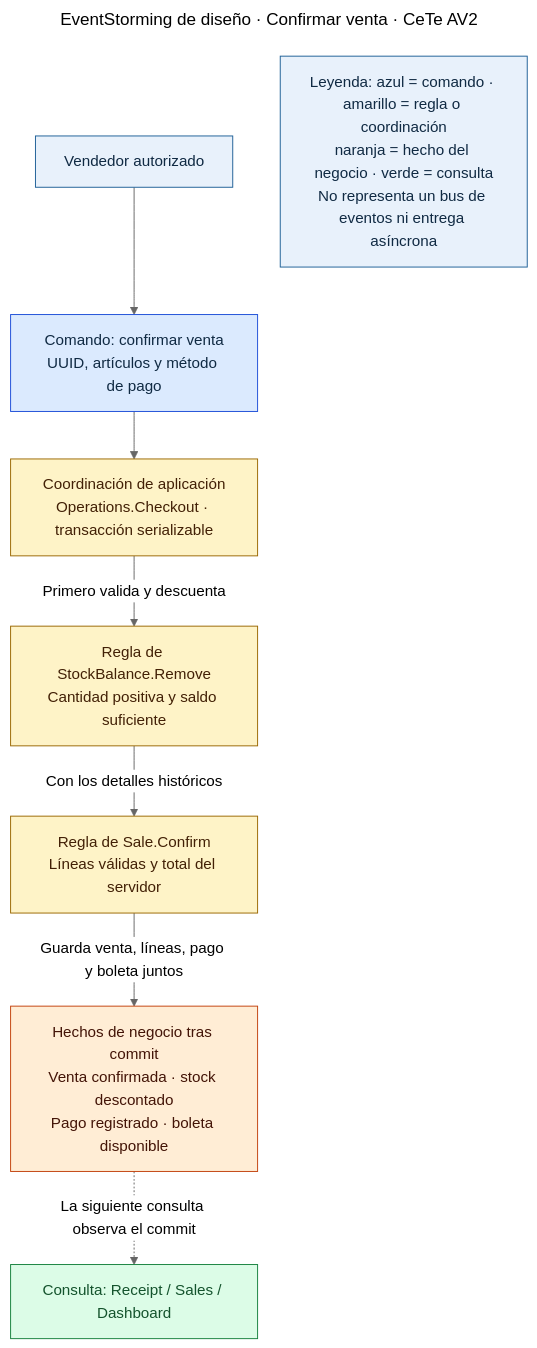
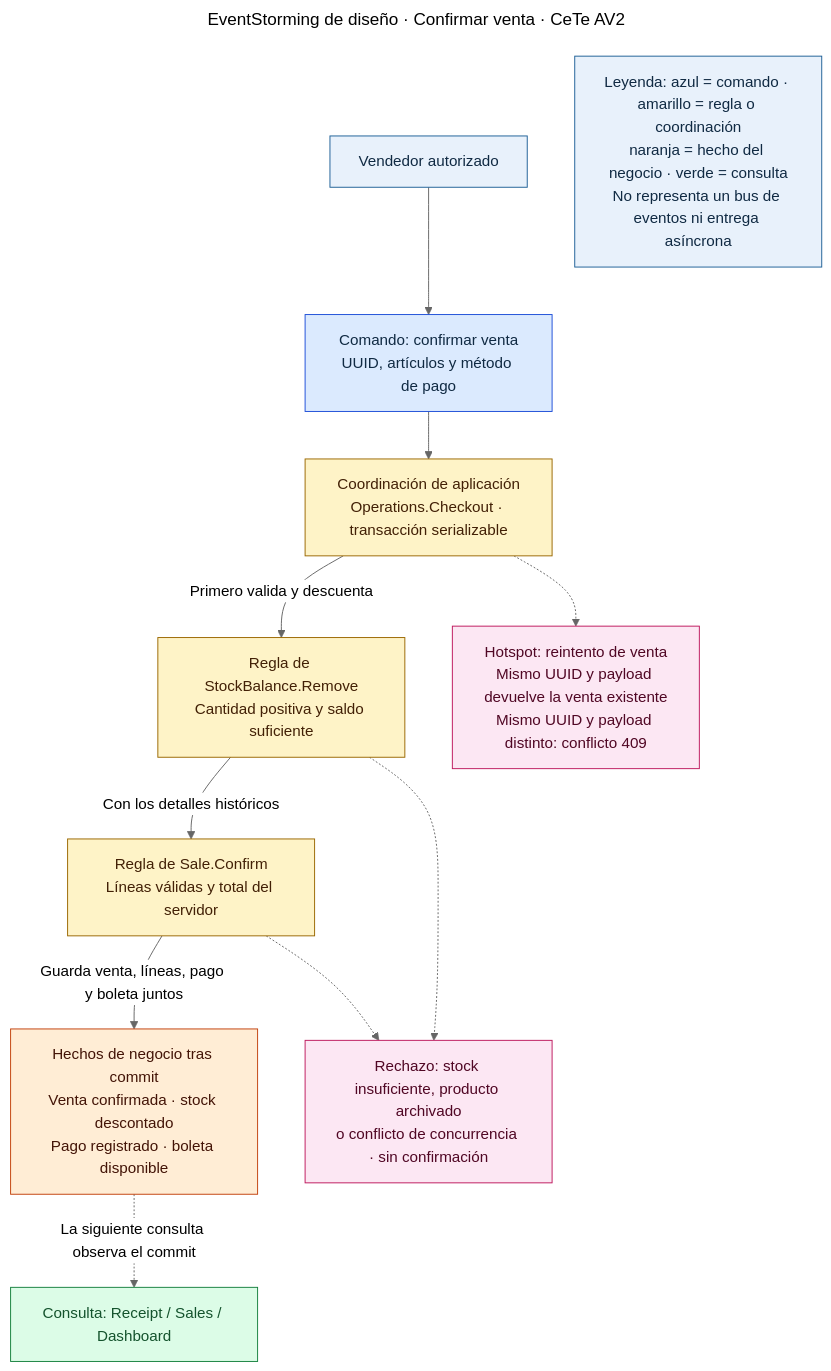
One commit to Nexxus-ops/Report-CeTe changed the diagram in diagrams/event-storming-sale.mmd. Above: the diagram before and after it, drawn with Mermaid (neutral theme). The commit also changed 20 other files, not shown here.

```diff
--- a/diagrams/event-storming-sale.mmd
+++ b/diagrams/event-storming-sale.mmd
@@ -1,23 +1,29 @@
 ---
 title: EventStorming de diseño · Confirmar venta · CeTe AV2
 ---
 flowchart TB
   A["Vendedor autorizado"]:::actor
   C["Comando: confirmar venta<br/>UUID, artículos y método de pago"]:::command
   O["Coordinación de aplicación<br/>Operations.Checkout · transacción serializable"]:::aggregate
   B["Regla de StockBalance.Remove<br/>Cantidad positiva y saldo suficiente"]:::aggregate
   S["Regla de Sale.Confirm<br/>Líneas válidas y total del servidor"]:::aggregate
   E["Hechos de negocio tras commit<br/>Venta confirmada · stock descontado<br/>Pago registrado · boleta disponible"]:::event
   Q["Consulta: Receipt / Sales / Dashboard"]:::query
   A --> C --> O
   O -->|"Primero valida y descuenta"| B
   B -->|"Con los detalles históricos"| S
   S -->|"Guarda venta, líneas, pago y boleta juntos"| E
   E -.->|"La siguiente consulta observa el commit"| Q
   K["Leyenda: azul = comando · amarillo = regla o coordinación<br/>naranja = hecho del negocio · verde = consulta<br/>No representa un bus de eventos ni entrega asíncrona"]:::actor
 
   classDef actor fill:#E8F1FB,stroke:#1D5F96,color:#102A43
   classDef command fill:#DBEAFE,stroke:#1D4ED8,color:#102A43
   classDef aggregate fill:#FEF3C7,stroke:#9A6700,color:#422006
   classDef event fill:#FFEDD5,stroke:#C2410C,color:#431407
   classDef query fill:#DCFCE7,stroke:#15803D,color:#14532D
+  R["Hotspot: reintento de venta<br/>Mismo UUID y payload devuelve la venta existente<br/>Mismo UUID y payload distinto: conflicto 409"]:::hotspot
+  X["Rechazo: stock insuficiente, producto archivado<br/>o conflicto de concurrencia · sin confirmación"]:::hotspot
+  O -.-> R
+  B -.-> X
+  S -.-> X
+  classDef hotspot fill:#FCE7F3,stroke:#BE185D,color:#500724
```
